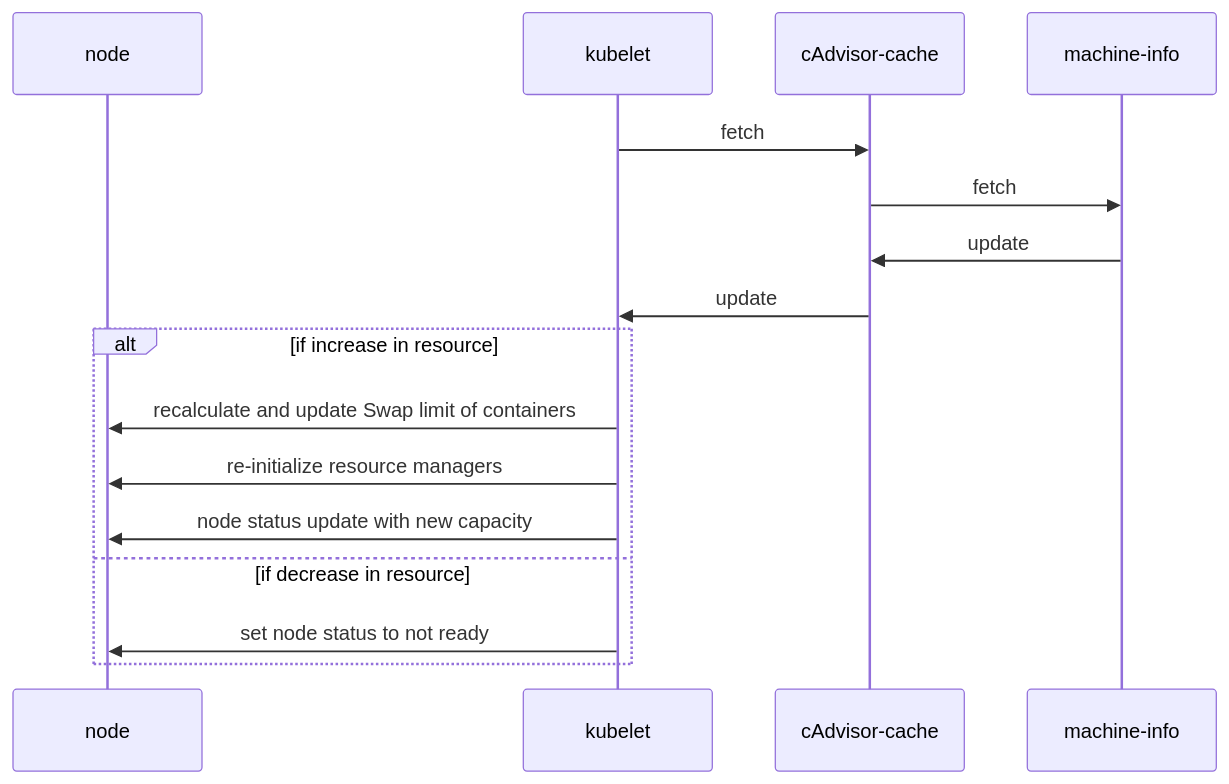
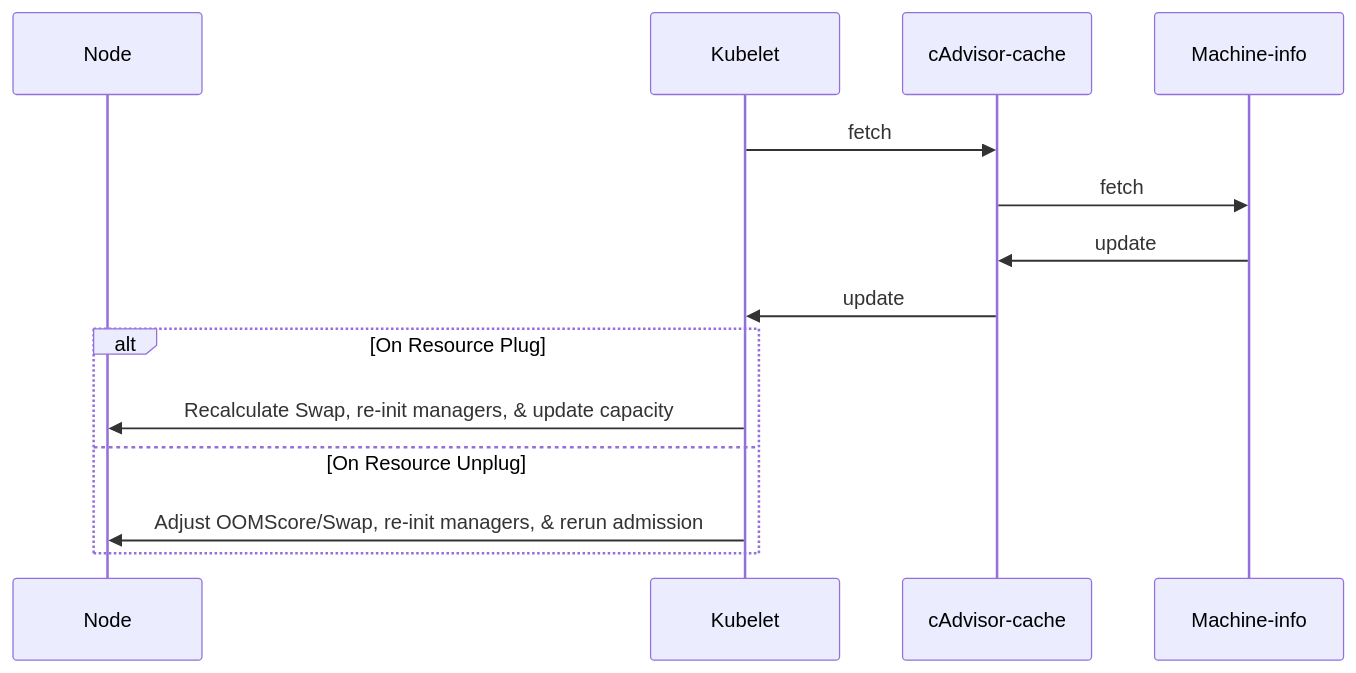
One commit to kubernetes/enhancements changed the diagram in keps/sig-node/3953-node-resource-hot-plug/README.md. Above: the diagram before and after it, drawn with Mermaid. The commit also changed other lines of this file, not shown here.

````diff
--- a/keps/sig-node/3953-node-resource-hot-plug/README.md
+++ b/keps/sig-node/3953-node-resource-hot-plug/README.md
@@ -237,18 +232,19 @@
 ```mermaid
 sequenceDiagram
-    participant node
-    participant kubelet
-    participant cAdvisor-cache
-    participant machine-info
-    kubelet->>cAdvisor-cache: fetch
-    cAdvisor-cache->>machine-info: fetch
-    machine-info->>cAdvisor-cache: update
-    cAdvisor-cache->>kubelet: update
-    alt if increase in resource
-    kubelet->>node: recalculate and update Swap limit of containers
-    kubelet->>node: re-initialize resource managers
-    kubelet->>node: node status update with new capacity
-    else if decrease in resource
-    kubelet->>node: set node status to not ready
+    participant node as Node
+    participant kubelet as Kubelet
+    participant cache as cAdvisor-cache
+    participant machine as Machine-info
+
+    kubelet->>cache: fetch
+    cache->>machine: fetch
+    machine->>cache: update
+    cache->>kubelet: update
+
+    alt On Resource Plug
+        kubelet->>node: Recalculate Swap, re-init managers, & update capacity
+        
+    else On Resource Unplug
+        kubelet->>node: Adjust OOMScore/Swap, re-init managers, & rerun admission
     end
 ```
````
